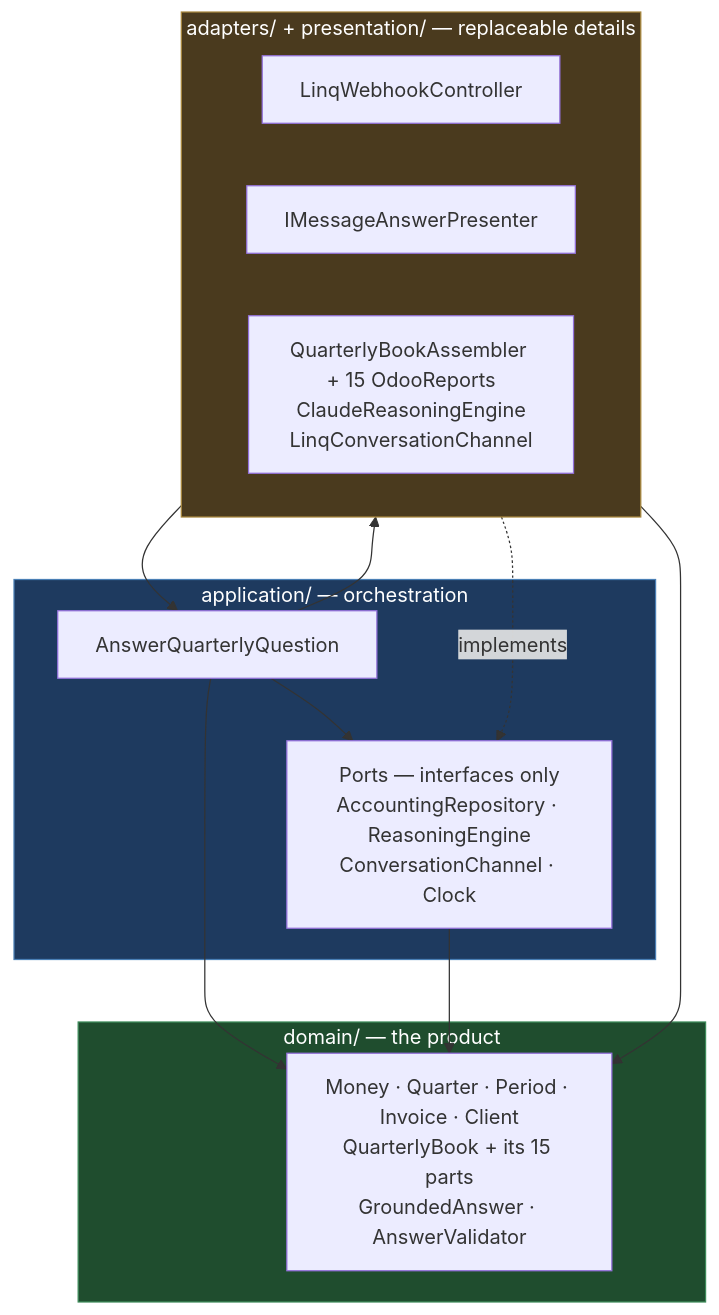
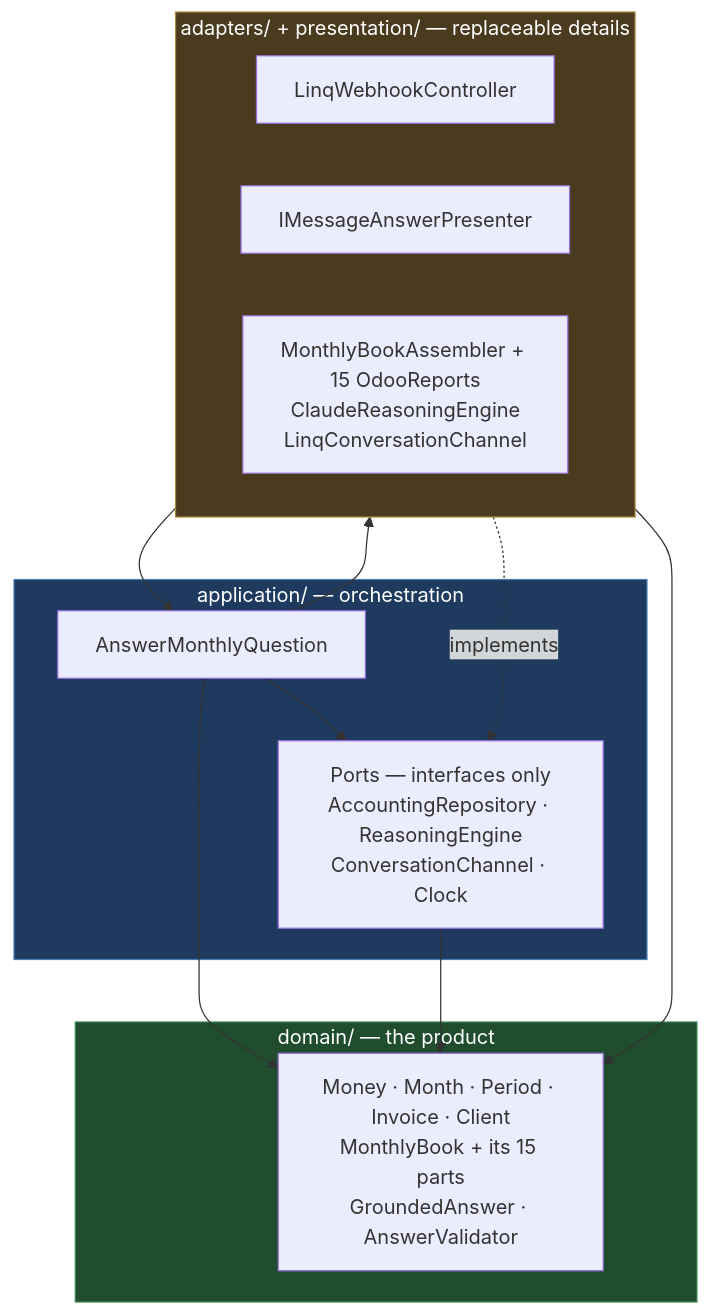
Before and after one commit to Patcast/terac_hackathon_patrcio: the second of 6 diagrams in docs/architecture_phase1.md, drawn with Mermaid. The commit also changed other lines of this file and 18 other files, not shown here.

````diff
--- a/docs/architecture_phase1.md
+++ b/docs/architecture_phase1.md
@@ -79,30 +114,30 @@
 ```mermaid
 flowchart TB
     subgraph L4["adapters/ + presentation/ — replaceable details"]
         direction LR
         IN["LinqWebhookController"]
         PRES["IMessageAnswerPresenter"]
-        OUT["QuarterlyBookAssembler + 15 OdooReports<br/>ClaudeReasoningEngine<br/>LinqConversationChannel"]
+        OUT["MonthlyBookAssembler + 15 OdooReports<br/>ClaudeReasoningEngine<br/>LinqConversationChannel"]
     end
 
     subgraph L3["application/ — orchestration"]
-        UC["AnswerQuarterlyQuestion"]
+        UC["AnswerMonthlyQuestion"]
         PORTS["Ports — interfaces only<br/>AccountingRepository · ReasoningEngine<br/>ConversationChannel · Clock"]
     end
 
     subgraph L2["domain/ — the product"]
-        DOM["Money · Quarter · Period · Invoice · Client<br/>QuarterlyBook + its 15 parts<br/>GroundedAnswer · AnswerValidator"]
+        DOM["Money · Month · Period · Invoice · Client<br/>MonthlyBook + its 15 parts<br/>GroundedAnswer · AnswerValidator"]
     end
 
     IN --> UC
     UC --> PRES
     UC --> PORTS
     UC --> DOM
     PORTS --> DOM
     OUT -.implements.-> PORTS
     PRES --> DOM
 
     style L2 fill:#1f4d2e,stroke:#3d8b5a,color:#fff
     style L3 fill:#1e3a5f,stroke:#4a7fb5,color:#fff
     style L4 fill:#4a3a1e,stroke:#a8873d,color:#fff
 ```
````
